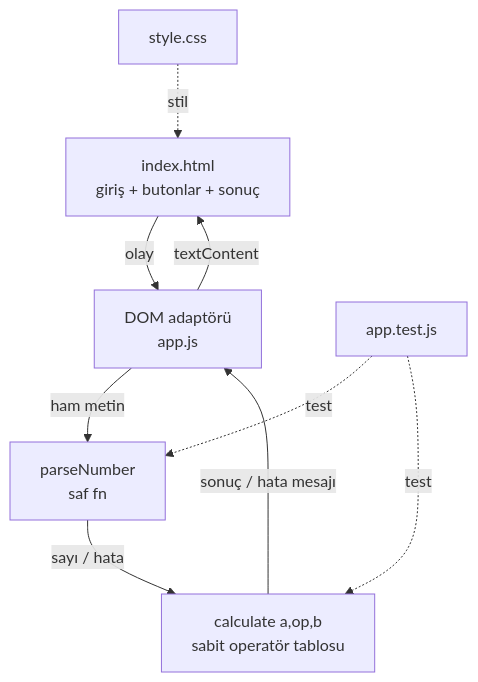
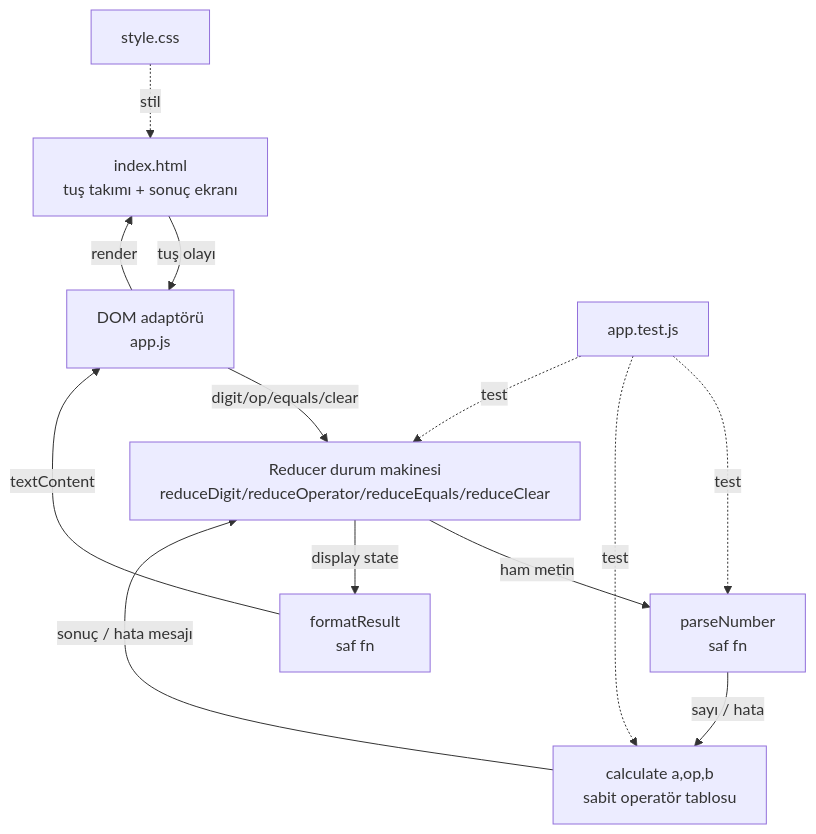
The first of 2 diagrams in docs/05-architecture.md (auto-forge-projects/calculator), drawn with Mermaid before and after one commit. The commit also changed other lines of this file and 1 other file, not shown here.

First line of the commit message:
docs(calculator): docs/05 mimari — reducer durum makinesi ile güncellendi — DL-05-002

````diff
--- a/docs/05-architecture.md
+++ b/docs/05-architecture.md
@@ -22,11 +24,15 @@
 ```mermaid
 graph TD
-  HTML[index.html<br/>giriş + butonlar + sonuç] -->|olay| ADP[DOM adaptörü<br/>app.js]
-  ADP -->|ham metin| PAR[parseNumber<br/>saf fn]
+  HTML[index.html<br/>tuş takımı + sonuç ekranı] -->|tuş olayı| ADP[DOM adaptörü<br/>app.js]
+  ADP -->|digit/op/equals/clear| RED[Reducer durum makinesi<br/>reduceDigit/reduceOperator/reduceEquals/reduceClear]
+  RED -->|ham metin| PAR[parseNumber<br/>saf fn]
   PAR -->|sayı / hata| CALC[calculate a,op,b<br/>sabit operatör tablosu]
-  CALC -->|sonuç / hata mesajı| ADP
-  ADP -->|textContent| HTML
+  CALC -->|sonuç / hata mesajı| RED
+  RED -->|display state| FMT[formatResult<br/>saf fn]
+  FMT -->|textContent| ADP
+  ADP -->|render| HTML
   TEST[app.test.js] -.test.-> PAR
   TEST -.test.-> CALC
+  TEST -.test.-> RED
   CSS[style.css] -.stil.-> HTML
 ```
````
